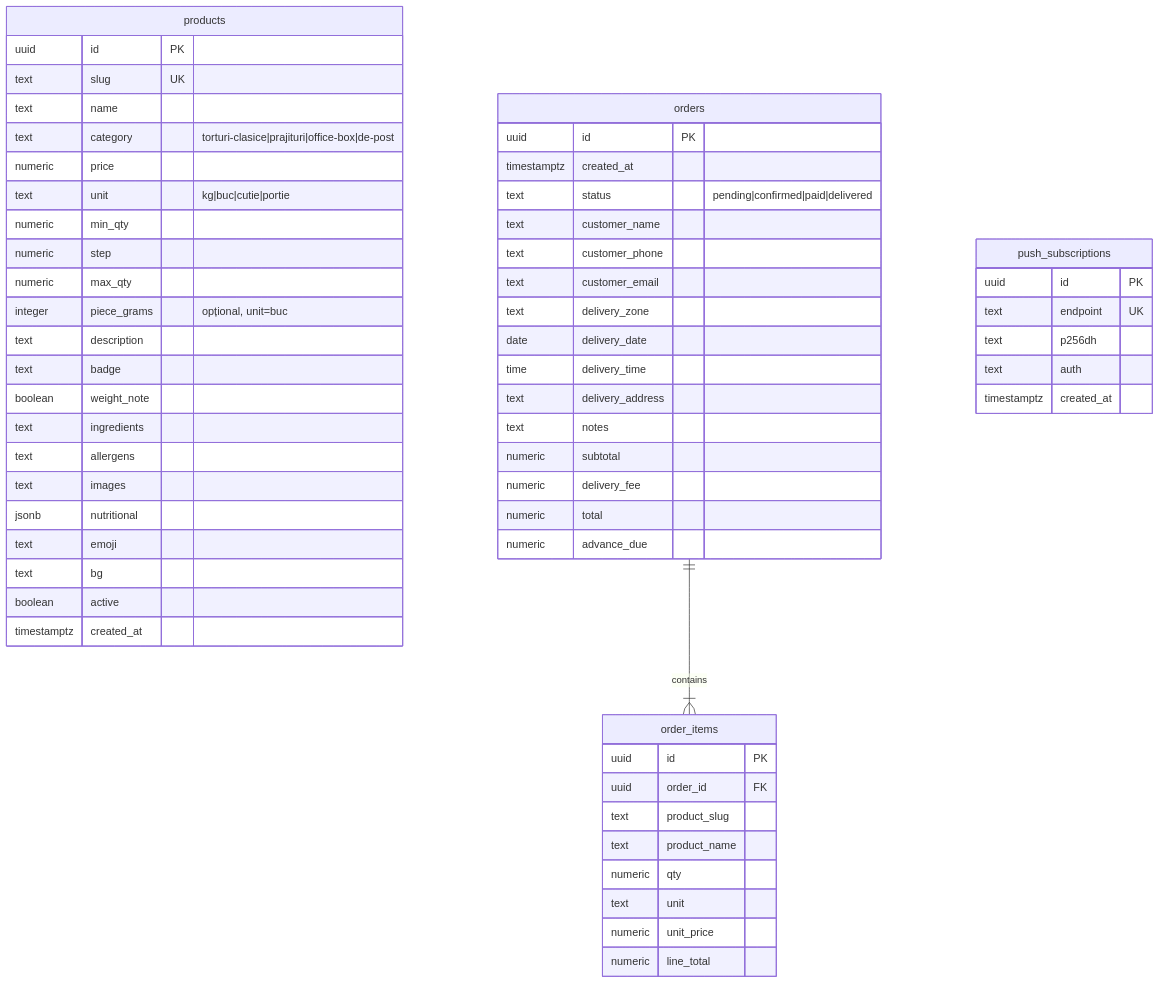
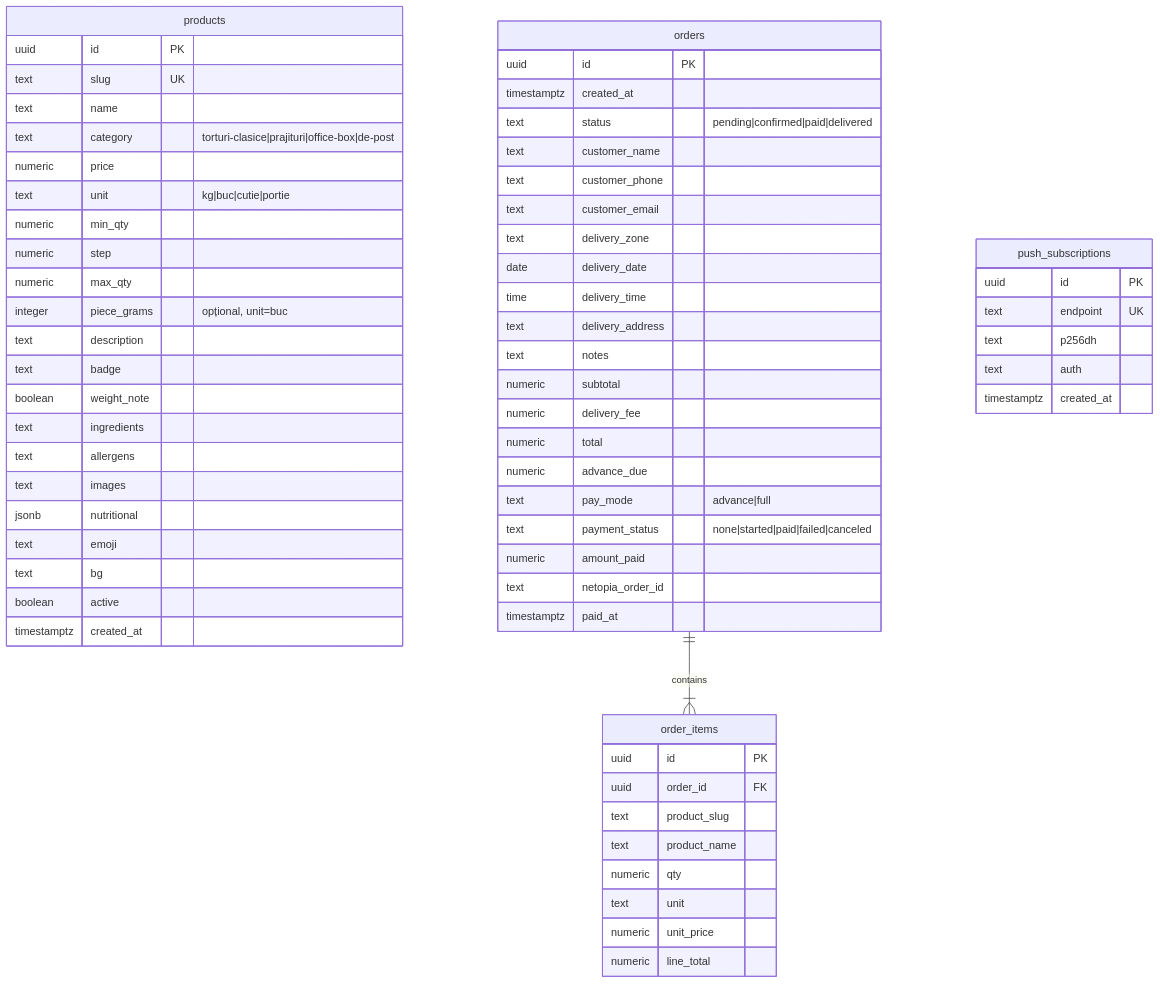
One commit to EmanuelRado/biocake changed the first of 2 diagrams in Arhitectura Sistemului.md. Above: the diagram before and after it, drawn with Mermaid. The commit also changed other lines of this file and 14 other files, not shown here.

````diff
--- a/Arhitectura Sistemului.md
+++ b/Arhitectura Sistemului.md
@@ -24,65 +24,70 @@
 ```mermaid
 erDiagram
     products {
         uuid id PK
         text slug UK
         text name
         text category "torturi-clasice|prajituri|office-box|de-post"
         numeric price
         text unit "kg|buc|cutie|portie"
         numeric min_qty
         numeric step
         numeric max_qty
         integer piece_grams "opțional, unit=buc"
         text description
         text badge
         boolean weight_note
         text ingredients
         text allergens
         text images
         jsonb nutritional
         text emoji
         text bg
         boolean active
         timestamptz created_at
     }
 
     orders {
         uuid id PK
         timestamptz created_at
         text status "pending|confirmed|paid|delivered"
         text customer_name
         text customer_phone
         text customer_email
         text delivery_zone
         date delivery_date
         time delivery_time
         text delivery_address
         text notes
         numeric subtotal
         numeric delivery_fee
         numeric total
         numeric advance_due
+        text pay_mode "advance|full"
+        text payment_status "none|started|paid|failed|canceled"
+        numeric amount_paid
+        text netopia_order_id
+        timestamptz paid_at
     }
 
     order_items {
         uuid id PK
         uuid order_id FK
         text product_slug
         text product_name
         numeric qty
         text unit
         numeric unit_price
         numeric line_total
     }
 
     push_subscriptions {
         uuid id PK
         text endpoint UK
         text p256dh
         text auth
         timestamptz created_at
     }
 
     orders ||--|{ order_items : contains
 ```
````
